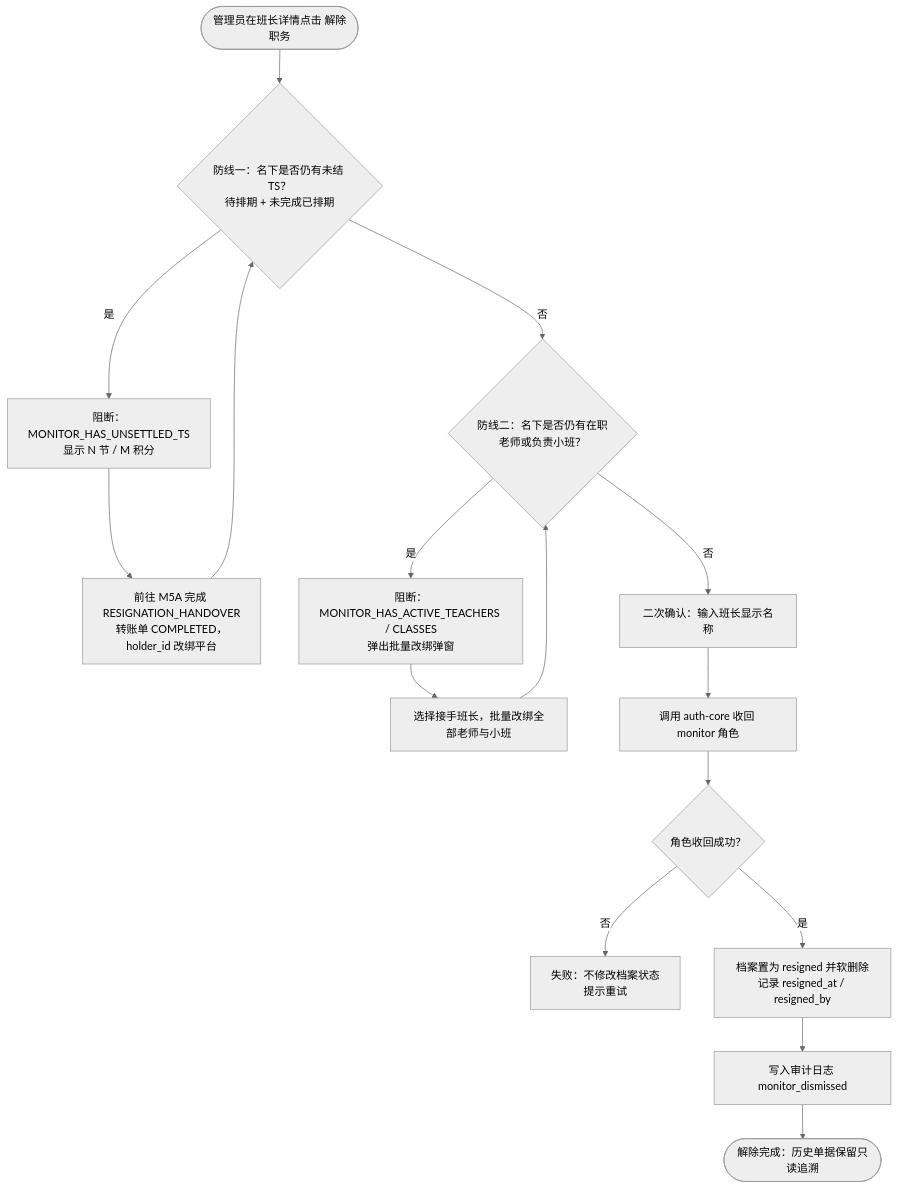
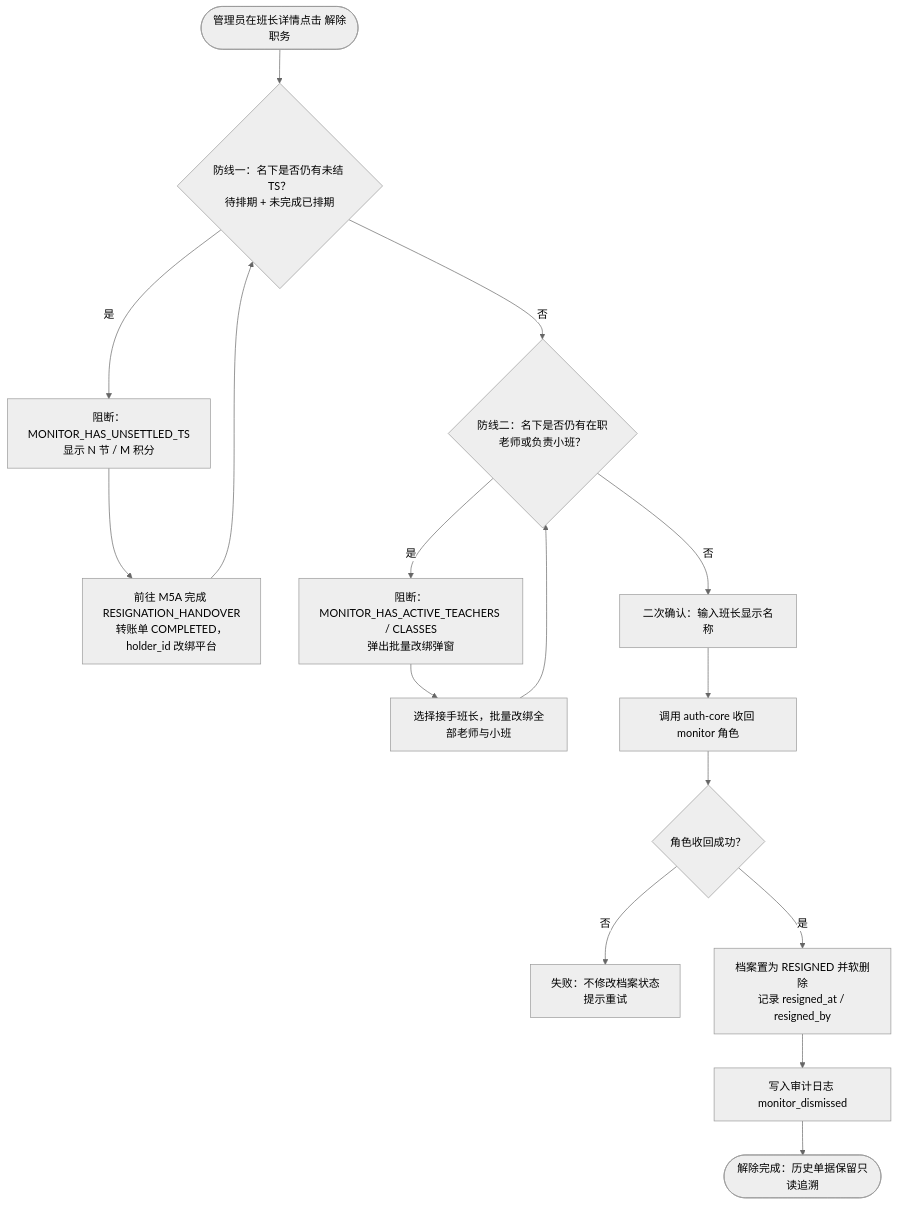
The fourth of 7 diagrams in docs/prd/m1b_teacher_profile.md (Onezao/dream), drawn with Mermaid (neutral theme) before and after one commit. The commit also changed other lines of this file and 15 other files, not shown here.

````diff
--- a/docs/prd/m1b_teacher_profile.md
+++ b/docs/prd/m1b_teacher_profile.md
@@ -128,18 +128,18 @@
 ```mermaid
 flowchart TD
     Start(["管理员在班长详情点击 解除职务"]) --> D1{"防线一：名下是否仍有未结 TS？<br/>待排期 + 未完成已排期"}
     D1 -->|"是"| Block1["阻断：MONITOR_HAS_UNSETTLED_TS<br/>显示 N 节 / M 积分"]
     Block1 --> M5A["前往 M5A 完成 RESIGNATION_HANDOVER<br/>转账单 COMPLETED，holder_id 改绑平台"]
     M5A --> D1
     D1 -->|"否"| D2{"防线二：名下是否仍有在职老师或负责小班？"}
     D2 -->|"是"| Block2["阻断：MONITOR_HAS_ACTIVE_TEACHERS / CLASSES<br/>弹出批量改绑弹窗"]
     Block2 --> Rebind["选择接手班长，批量改绑全部老师与小班"]
     Rebind --> D2
     D2 -->|"否"| Confirm["二次确认：输入班长显示名称"]
     Confirm --> Revoke["调用 auth-core 收回 monitor 角色"]
     Revoke --> RevokeOk{"角色收回成功？"}
     RevokeOk -->|"否"| Err["失败：不修改档案状态<br/>提示重试"]
-    RevokeOk -->|"是"| SoftDelete["档案置为 resigned 并软删除<br/>记录 resigned_at / resigned_by"]
+    RevokeOk -->|"是"| SoftDelete["档案置为 RESIGNED 并软删除<br/>记录 resigned_at / resigned_by"]
     SoftDelete --> Audit["写入审计日志 monitor_dismissed"]
     Audit --> Done(["解除完成：历史单据保留只读追溯"])
 ```
````
